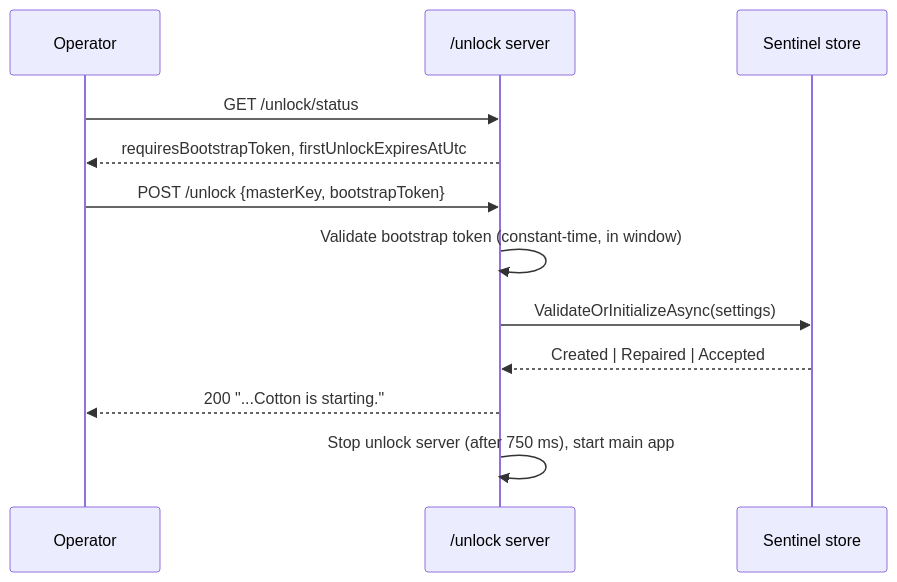
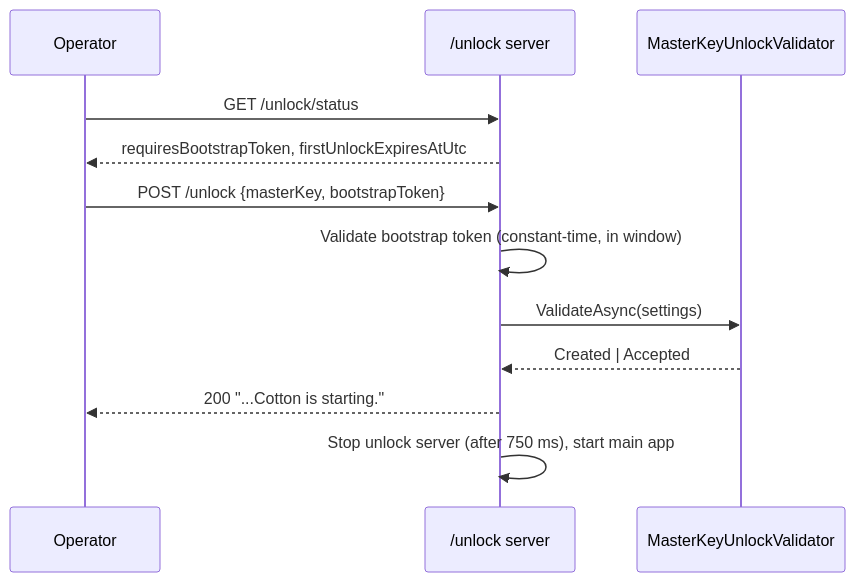
Before and after one commit to bvdcode/cotton: the second of 2 diagrams in docs/technical/27-deployment-operations.md, drawn with Mermaid. The commit also changed other lines of this file and 36 other files, not shown here.

Commit message:
refactor(startup): unify master key validation

````diff
--- a/docs/technical/27-deployment-operations.md
+++ b/docs/technical/27-deployment-operations.md
@@ -133,14 +133,14 @@
 ```mermaid
 sequenceDiagram
     participant Op as Operator
     participant U as /unlock server
-    participant S as Sentinel store
+    participant V as MasterKeyUnlockValidator
     Op->>U: GET /unlock/status
     U-->>Op: requiresBootstrapToken, firstUnlockExpiresAtUtc
     Op->>U: POST /unlock {masterKey, bootstrapToken}
     U->>U: Validate bootstrap token (constant-time, in window)
-    U->>S: ValidateOrInitializeAsync(settings)
-    S-->>U: Created | Repaired | Accepted
+    U->>V: ValidateAsync(settings)
+    V-->>U: Created | Accepted
     U-->>Op: 200 "...Cotton is starting."
     U->>U: Stop unlock server (after 750 ms), start main app
 ```
````
